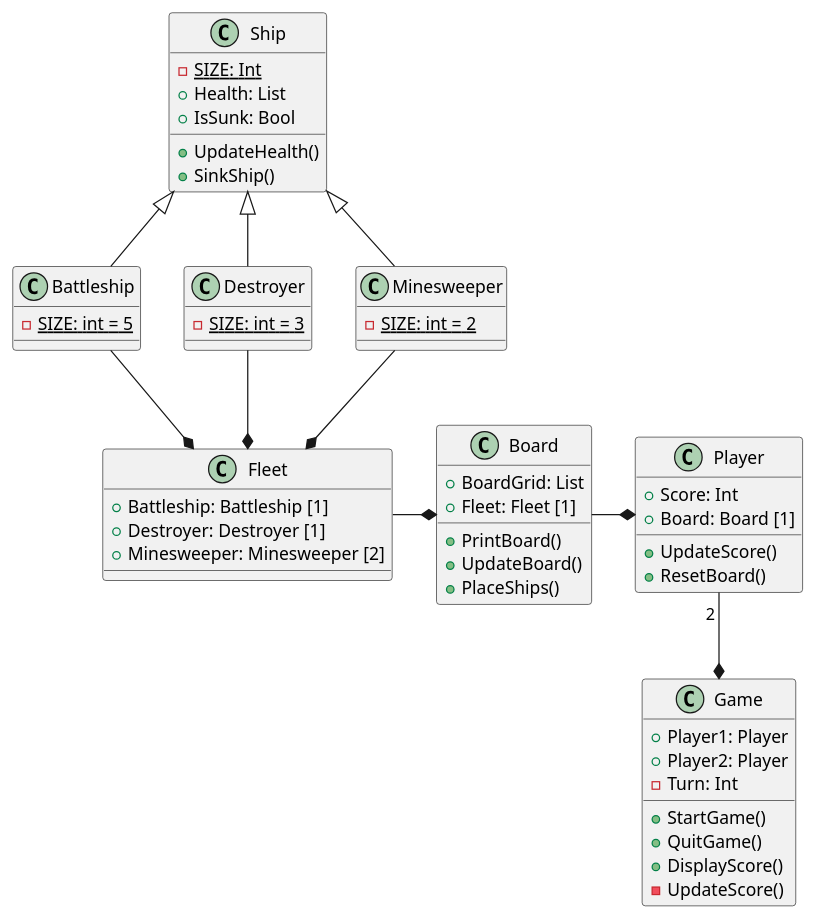
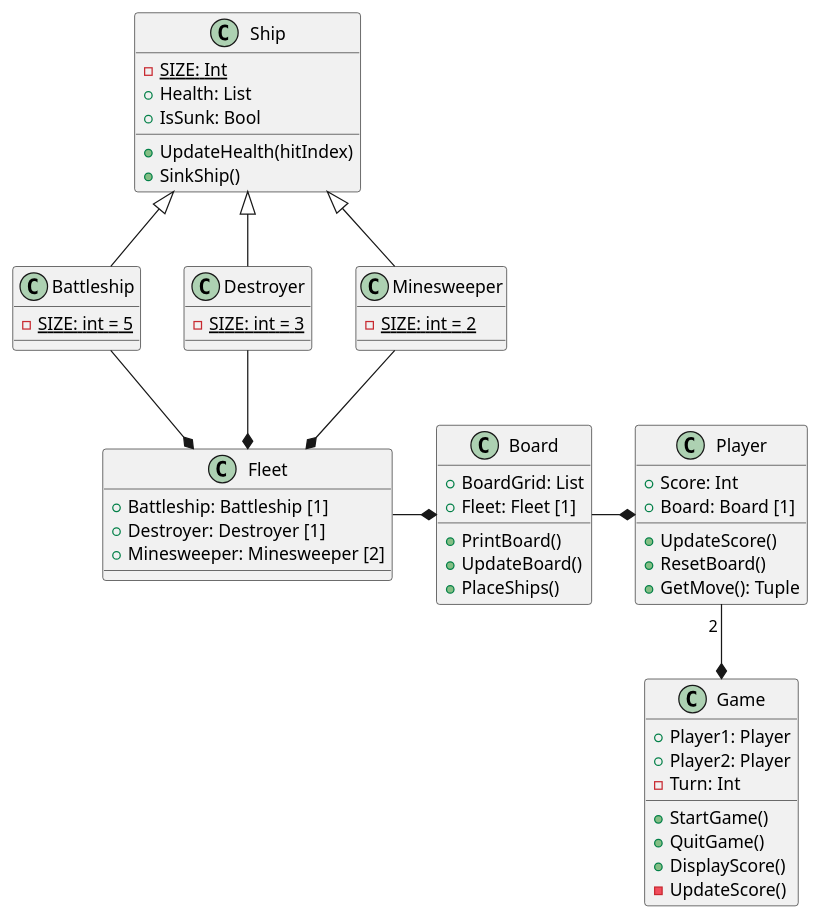
One commit to GudjonIV/T-233-SRAD changed the diagram in BattleshipClass.plantuml. Above: the diagram before and after it, drawn with PlantUML. The commit also changed 1 other file, not shown here.

```diff
--- a/BattleshipClass.plantuml
+++ b/BattleshipClass.plantuml
@@ -1,66 +1,67 @@
 @startuml
 
 class Game {
     +Player1: Player 
     +Player2: Player 
     -Turn: Int
     +StartGame()
     +QuitGame()
     +DisplayScore()
     -UpdateScore()
 }
 
 class Board {
     +BoardGrid: List
     +Fleet: Fleet [1]
     +PrintBoard()
     +UpdateBoard()
     +PlaceShips()
 }
 
 class Player {
     +Score: Int
     +Board: Board [1]
     +UpdateScore()
     +ResetBoard()
+    +GetMove(): Tuple
 }
 
 class Ship {
     -{static}SIZE: Int
     +Health: List
     +IsSunk: Bool
-    +UpdateHealth()
+    +UpdateHealth(hitIndex)
     +SinkShip()
 }
 
 class Battleship {
     -{static}SIZE: int = 5 
 }
 
 class Destroyer {
     -{static}SIZE: int = 3 
 }
 
 class Minesweeper {
     -{static}SIZE: int = 2 
 }
 
 class Fleet {
     + Battleship: Battleship [1]
     + Destroyer: Destroyer [1]
     + Minesweeper: Minesweeper [2]
 }
 
 Player "2 "-down-* Game
 Board -right-* Player
 Fleet -right-* Board
 
 Battleship --* Fleet
 Destroyer --* Fleet
 Minesweeper --* Fleet
 
 Battleship -up-|> Ship
 Destroyer -up-|> Ship
 Minesweeper -up-|> Ship
 
 @enduml
```
